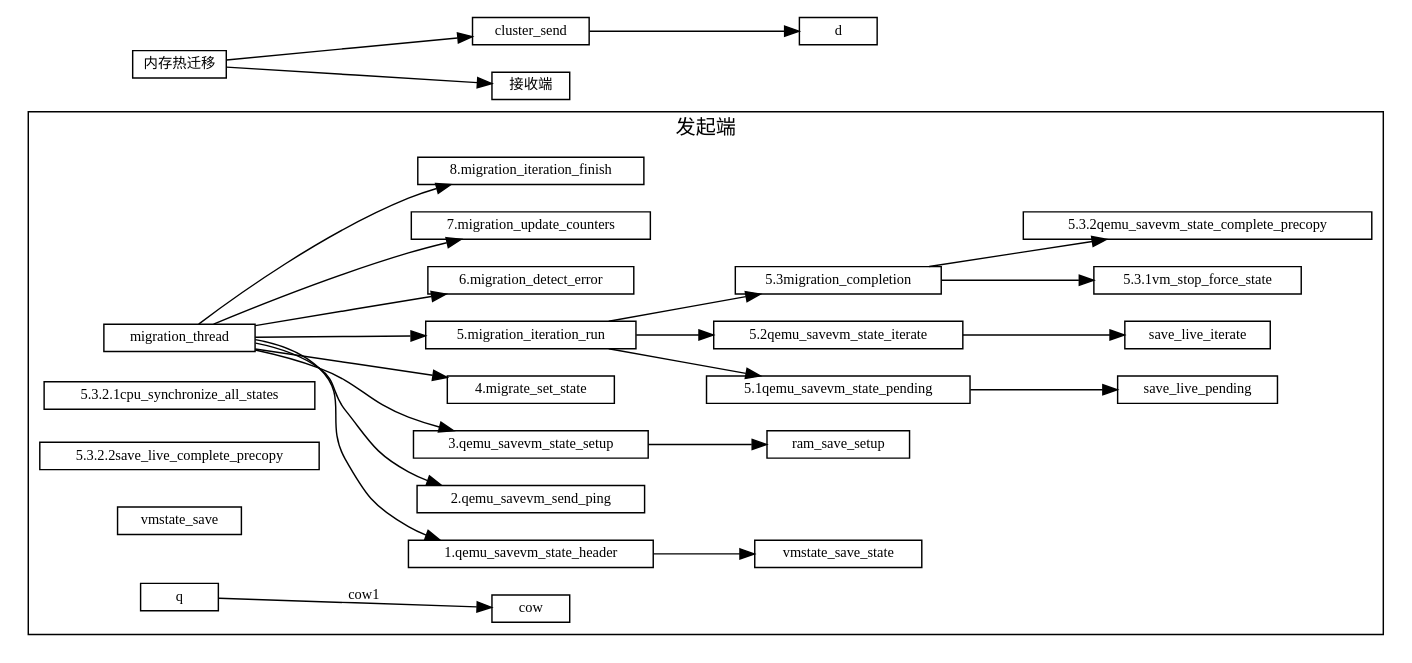
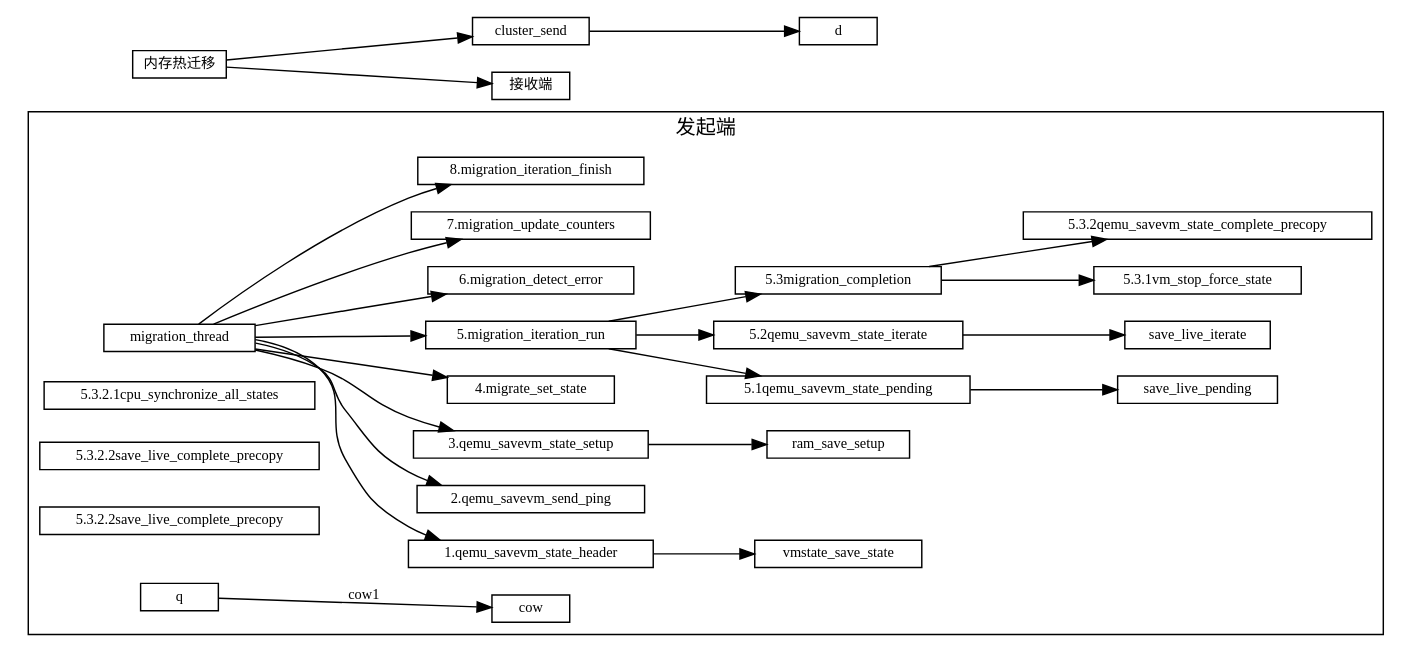
Before and after one commit to sisyphus1212/note: the diagram in 虚拟化/热迁移/1-内存热迁移.md, drawn with Graphviz.

Commit message:
auto_update

````diff
--- a/虚拟化/热迁移/1-内存热迁移.md
+++ b/虚拟化/热迁移/1-内存热迁移.md
@@ -11,63 +11,63 @@
 ```graphviz
 digraph {
 fontname="Helvetica,Arial,sans-serif"
 //node [fontname="Helvetica,Arial,sans-serif"]
 //edge [fontname="Helvetica,Arial,sans-serif"]
 rankdir="LR"
 node [fontsize=10, shape=record, height=0.25]
 edge [fontsize=10]
   subgraph send {
     cluster=true;
     label="发起端";
     qemu_savevm_state_header[label="1.qemu_savevm_state_header"];
     qemu_savevm_send_ping[label="2.qemu_savevm_send_ping"];
     qemu_savevm_state_setup[label="3.qemu_savevm_state_setup"];
     migrate_set_state[label="4.migrate_set_state"];
     migration_iteration_run[label="5.migration_iteration_run"];
 
     migration_detect_error[label="6.migration_detect_error"];
     migration_update_counters[label="7.migration_update_counters"];
     migration_iteration_finish[label="8.migration_iteration_finish"];
 
     migration_thread -> qemu_savevm_state_header
                      -> vmstate_save_state;
     migration_thread -> qemu_savevm_send_ping;
     migration_thread -> qemu_savevm_state_setup
                      -> ram_save_setup;
     migration_thread -> migrate_set_state;
 
     qemu_savevm_state_pending[label="5.1qemu_savevm_state_pending"];
     qemu_savevm_state_iterate[label="5.2qemu_savevm_state_iterate"];
     migration_completion[label="5.3migration_completion"];
 
     vm_stop_force_state[label="5.3.1vm_stop_force_state"]
     qemu_savevm_state_complete_precopy[label="5.3.2qemu_savevm_state_complete_precopy"]
     cpu_synchronize_all_states[label="5.3.2.1cpu_synchronize_all_states"]
     save_live_complete_precopy[label="5.3.2.2save_live_complete_precopy"]
-    vmstate_save[]
+    vmstate_save[label="5.3.2.2save_live_complete_precopy"]
     migration_thread ->
          migration_iteration_run->qemu_savevm_state_pending
                                 ->save_live_pending;
          migration_iteration_run->qemu_savevm_state_iterate
                                 ->save_live_iterate;
          migration_iteration_run->
             migration_completion->vm_stop_force_state;
             migration_completion->qemu_savevm_state_complete_precopy;
 
 
     migration_thread -> migration_detect_error
     migration_thread -> migration_update_counters
     migration_thread -> migration_iteration_finish
 
 
 
     q -> cow[label="cow1"];
   }
 
 内存热迁移 [label="内存热迁移"]
 内存热迁移 -> cluster_send
            -> d
 
 内存热迁移 -> 接收端
 }
 ```
````
